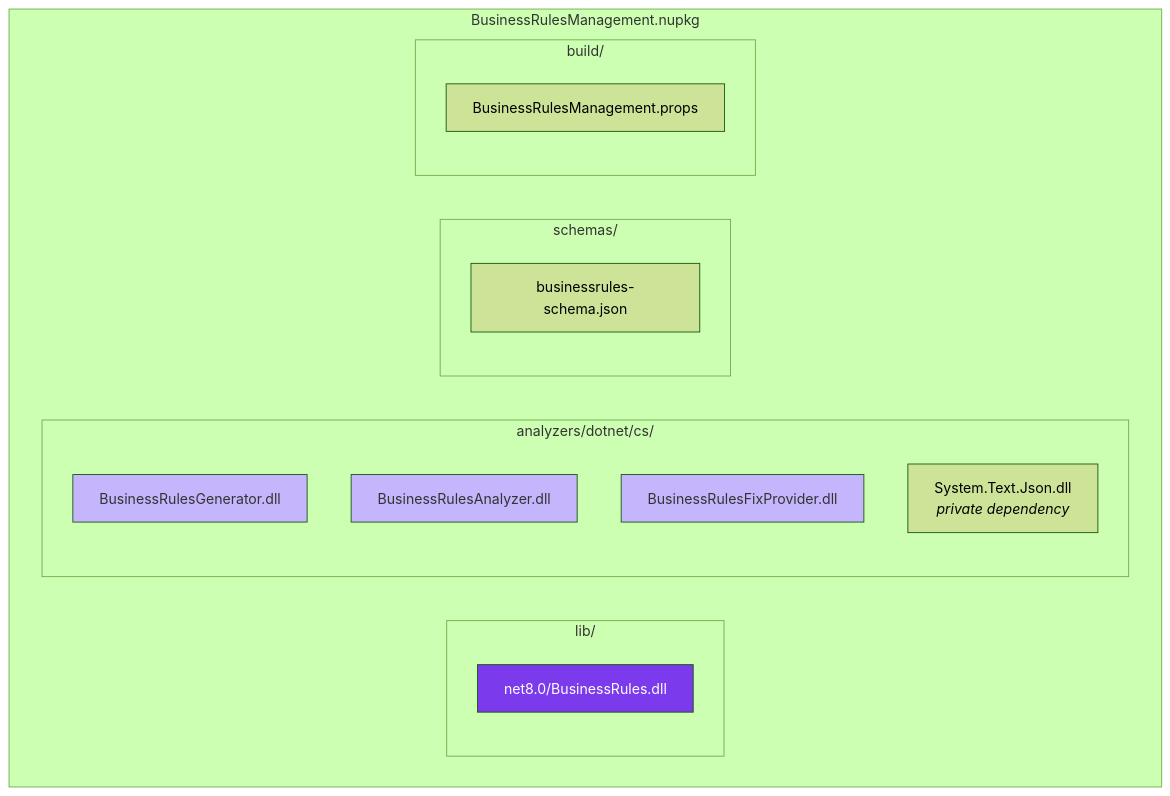
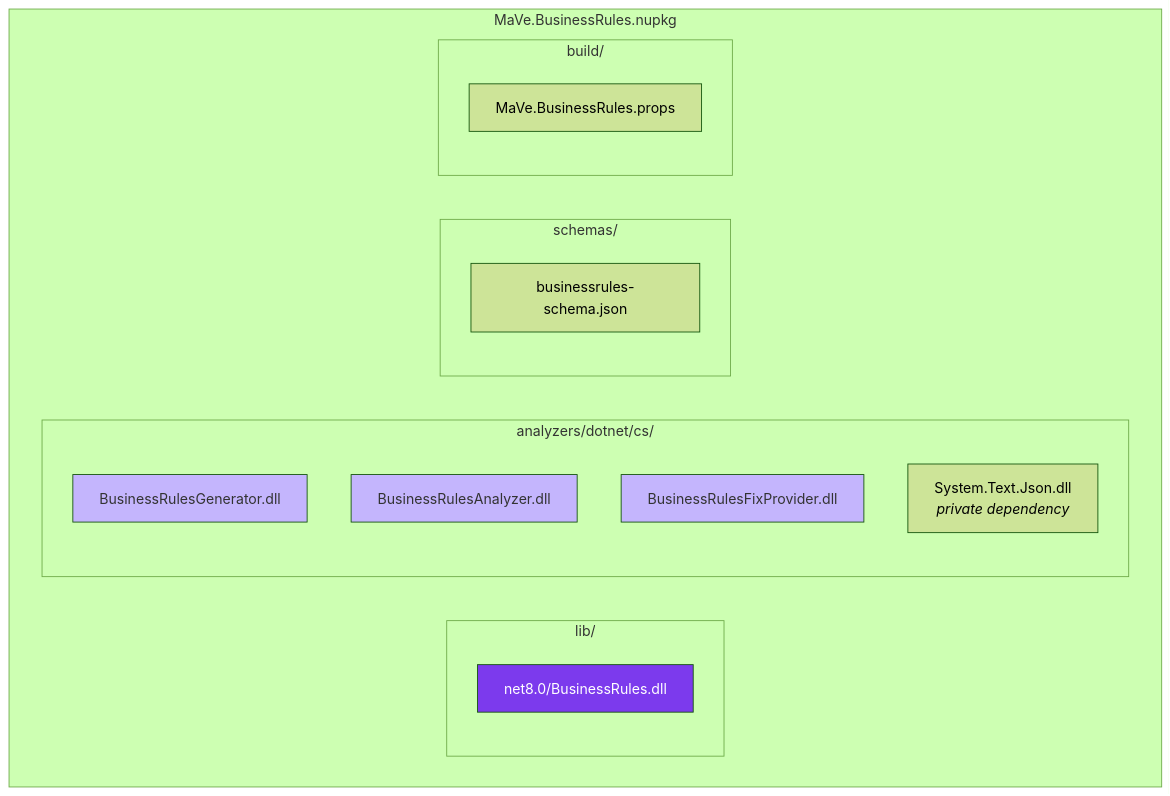
Before and after one commit to MauroVerberkt/MaVe: the first of 3 diagrams in docs/architecture/design/package-structure.md, drawn with Mermaid (forest theme). The commit also changed other lines of this file and 198 other files, not shown here.

````diff
--- a/docs/architecture/design/package-structure.md
+++ b/docs/architecture/design/package-structure.md
@@ -36,25 +36,25 @@
 ```mermaid
 graph TD
-    subgraph "BusinessRulesManagement.nupkg"
+    subgraph "MaVe.BusinessRules.nupkg"
         subgraph "lib/"
             L[net8.0/BusinessRules.dll]
         end
         subgraph "analyzers/dotnet/cs/"
             A1[BusinessRulesGenerator.dll]
             A2[BusinessRulesAnalyzer.dll]
             A3[BusinessRulesFixProvider.dll]
             A4[System.Text.Json.dll<br/><i>private dependency</i>]
         end
         subgraph "schemas/"
             S[businessrules-schema.json]
         end
         subgraph "build/"
-            B[BusinessRulesManagement.props]
+            B[MaVe.BusinessRules.props]
         end
     end
 
     style L fill:#7c3aed,color:#fff
     style A1 fill:#c4b5fd,color:#333
     style A2 fill:#c4b5fd,color:#333
     style A3 fill:#c4b5fd,color:#333
 ```
````
